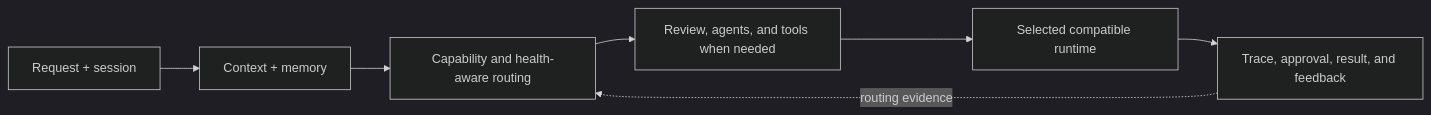
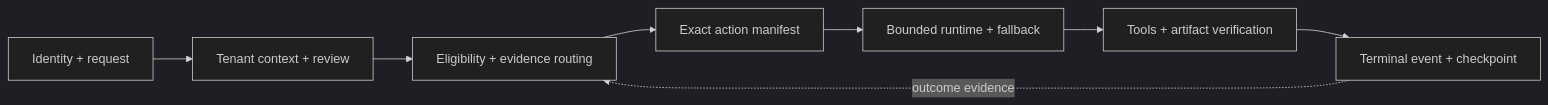
One commit to Prashant10009/agent-forge-showcase changed the diagram in README.md. Above: the diagram before and after it, drawn with Mermaid (dark theme). The commit also changed other lines of this file and 61 other files, not shown here.

````diff
--- a/README.md
+++ b/README.md
@@ -55,9 +57,10 @@
 ```mermaid
 flowchart LR
-  A["Request + session"] --> B["Context + memory"]
-  B --> C["Capability and health-aware routing"]
-  C --> D["Review, agents, and tools when needed"]
-  D --> E["Selected compatible runtime"]
-  E --> F["Trace, approval, result, and feedback"]
-  F -. "routing evidence" .-> C
+  A["Identity + request"] --> B["Tenant context + review"]
+  B --> C["Eligibility + evidence routing"]
+  C --> D["Exact action manifest"]
+  D --> E["Bounded runtime + fallback"]
+  E --> F["Tools + artifact verification"]
+  F --> G["Terminal event + checkpoint"]
+  G -. "outcome evidence" .-> C
 ```
````
